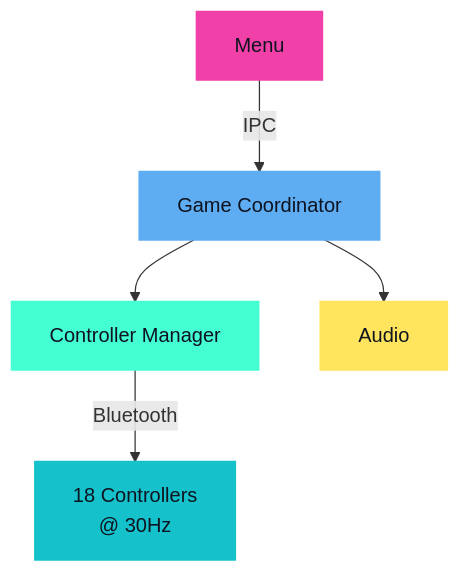
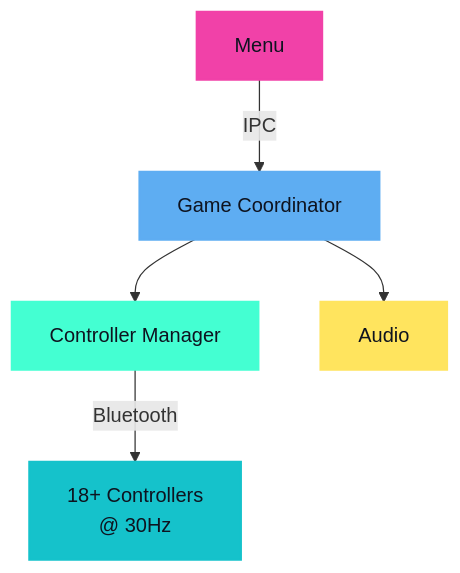
Before and after one commit to WatchMeJoustMyFlags/kubecon-material: the first of 5 diagrams in cloud-native-linz-presentation/slides.md, drawn with Mermaid. The commit also changed other lines of this file and 2 other files, not shown here.

````diff
--- a/cloud-native-linz-presentation/slides.md
+++ b/cloud-native-linz-presentation/slides.md
@@ -90,19 +90,19 @@
 ```mermaid {scale:0.85}
 graph TD
     Menu[Menu]
     GC[Game Coordinator]
     CM[Controller Manager]
     Audio[Audio]
-    Controllers[18 Controllers<br/>@ 30Hz]
+    Controllers[18+ Controllers<br/>@ 30Hz]
 
     Menu -->|IPC| GC
     GC --> CM
     GC --> Audio
     CM -->|Bluetooth| Controllers
 
     style Menu fill:#f141a8,stroke:#f141a8,stroke-width:2px,color:#0e131f
     style GC fill:#5eadf2,stroke:#5eadf2,stroke-width:2px,color:#0e131f
     style CM fill:#44ffd2,stroke:#44ffd2,stroke-width:2px,color:#0e131f
     style Audio fill:#ffe45e,stroke:#ffe45e,stroke-width:2px,color:#0e131f
     style Controllers fill:#15c2cb,stroke:#15c2cb,stroke-width:2px,color:#0e131f
 ```
````
